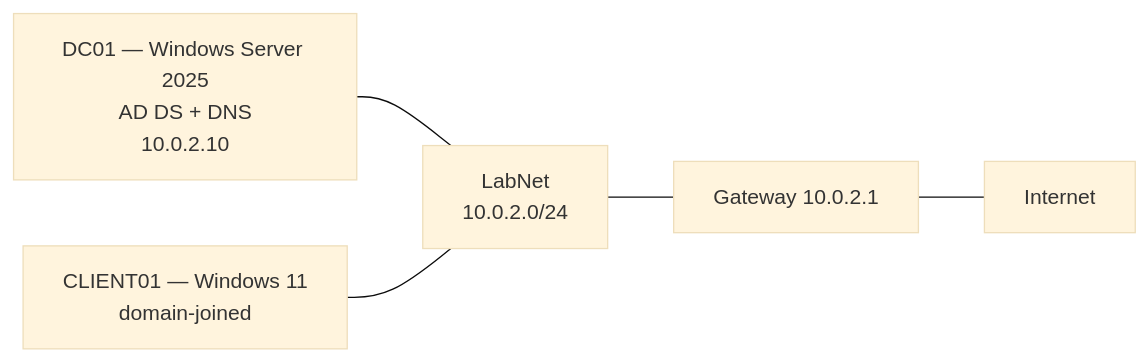
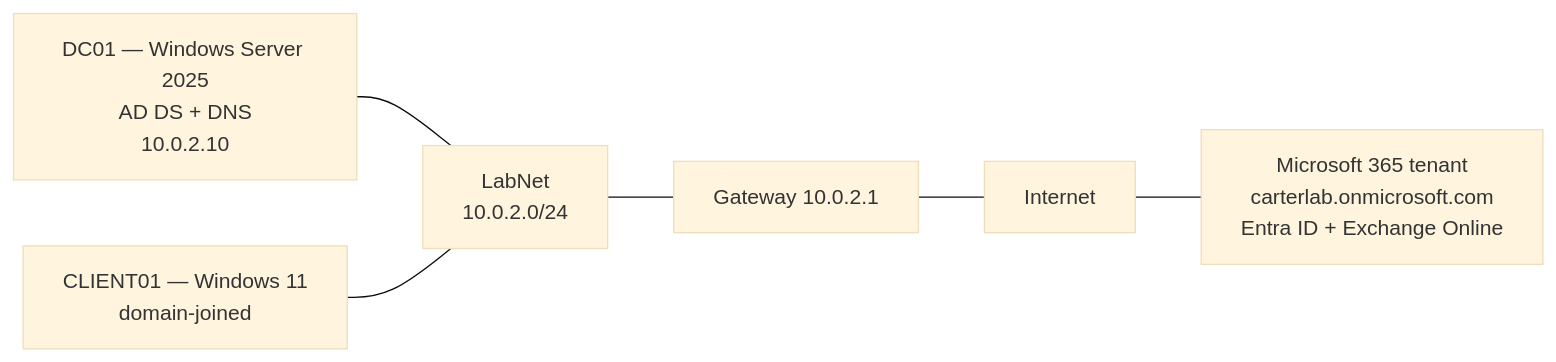
Before and after one commit to carterlafosse/ad-homelab: the diagram in README.md, drawn with Mermaid (base theme). The commit also changed other lines of this file and 1 other file, not shown here.

Commit message:
Update README and build log for Phase 10: Microsoft 365 and Entra ID

````diff
--- a/README.md
+++ b/README.md
@@ -11,6 +12,7 @@
 ```mermaid
 graph LR
   DC01["DC01 — Windows Server 2025<br/>AD DS + DNS<br/>10.0.2.10"] --- NET["LabNet<br/>10.0.2.0/24"]
   CLIENT01["CLIENT01 — Windows 11<br/>domain-joined"] --- NET
   NET --- GW["Gateway 10.0.2.1"] --- INT[Internet]
+  INT --- M365["Microsoft 365 tenant<br/>carterlab.onmicrosoft.com<br/>Entra ID + Exchange Online"]
 ```
````
